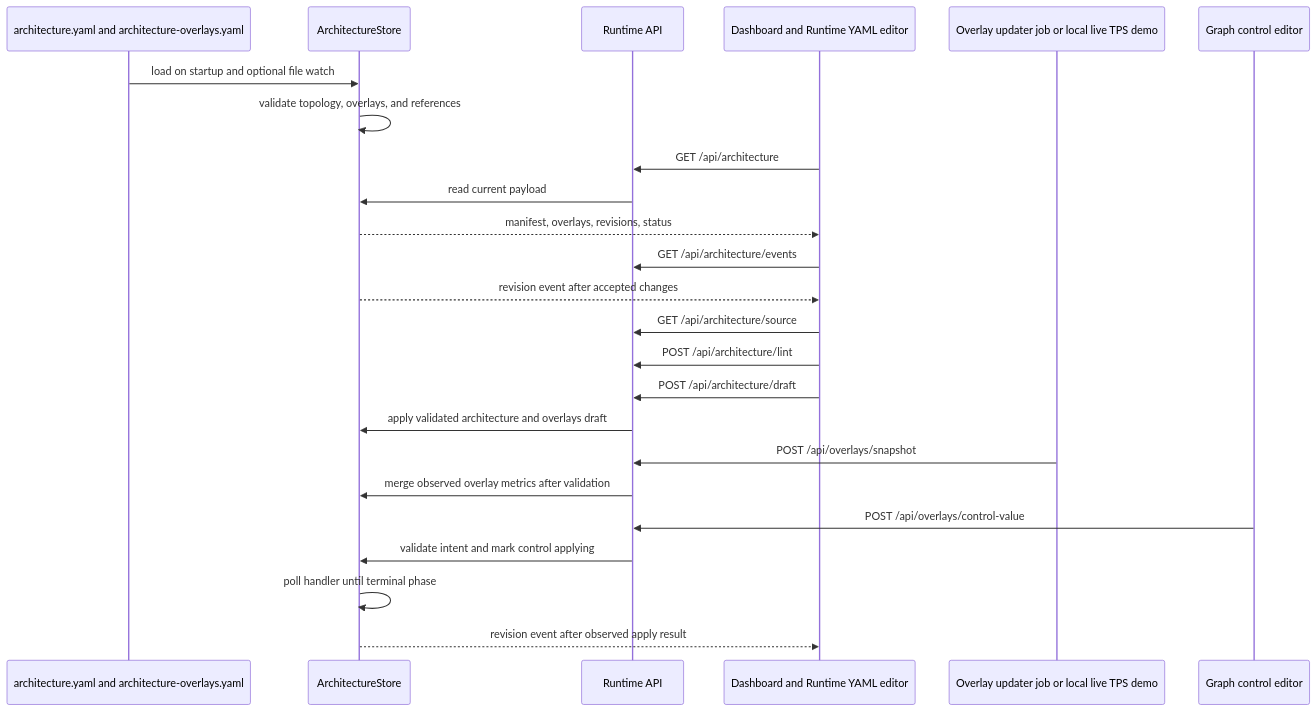
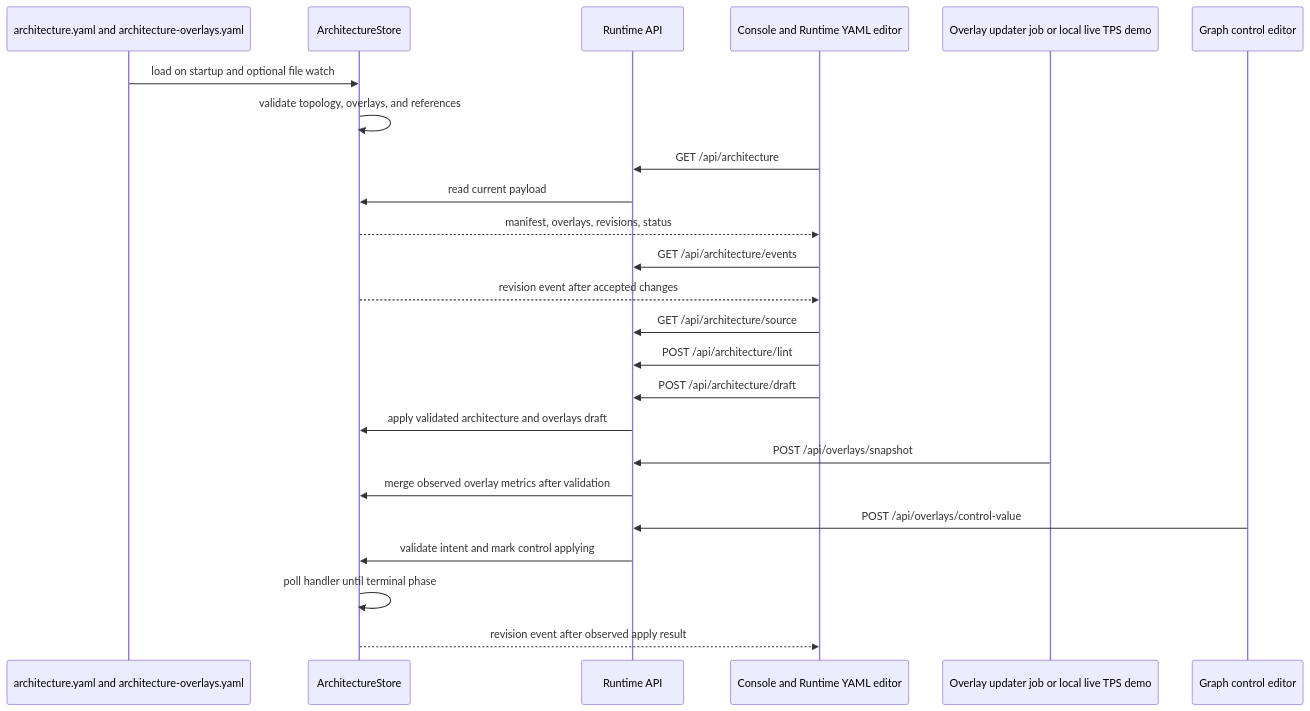
The diagram in README.md (camerondurham/data-pipeline-traffic-visualizer), drawn with Mermaid before and after one commit. The commit also changed other lines of this file and 10 other files, not shown here.

Commit message:
Unify runtime architecture console branding

````diff
--- a/README.md
+++ b/README.md
@@ -35,27 +35,27 @@
 ```mermaid
 sequenceDiagram
   participant Files as architecture.yaml and architecture-overlays.yaml
   participant Store as ArchitectureStore
   participant API as Runtime API
-  participant Browser as Dashboard and Runtime YAML editor
+  participant Browser as Console and Runtime YAML editor
   participant Updater as Overlay updater job or local live TPS demo
   participant Operator as Graph control editor
 
   Files->>Store: load on startup and optional file watch
   Store->>Store: validate topology, overlays, and references
   Browser->>API: GET /api/architecture
   API->>Store: read current payload
   Store-->>Browser: manifest, overlays, revisions, status
   Browser->>API: GET /api/architecture/events
   Store-->>Browser: revision event after accepted changes
   Browser->>API: GET /api/architecture/source
   Browser->>API: POST /api/architecture/lint
   Browser->>API: POST /api/architecture/draft
   API->>Store: apply validated architecture and overlays draft
   Updater->>API: POST /api/overlays/snapshot
   API->>Store: merge observed overlay metrics after validation
   Operator->>API: POST /api/overlays/control-value
   API->>Store: validate intent and mark control applying
   Store->>Store: poll handler until terminal phase
   Store-->>Browser: revision event after observed apply result
 ```
````
